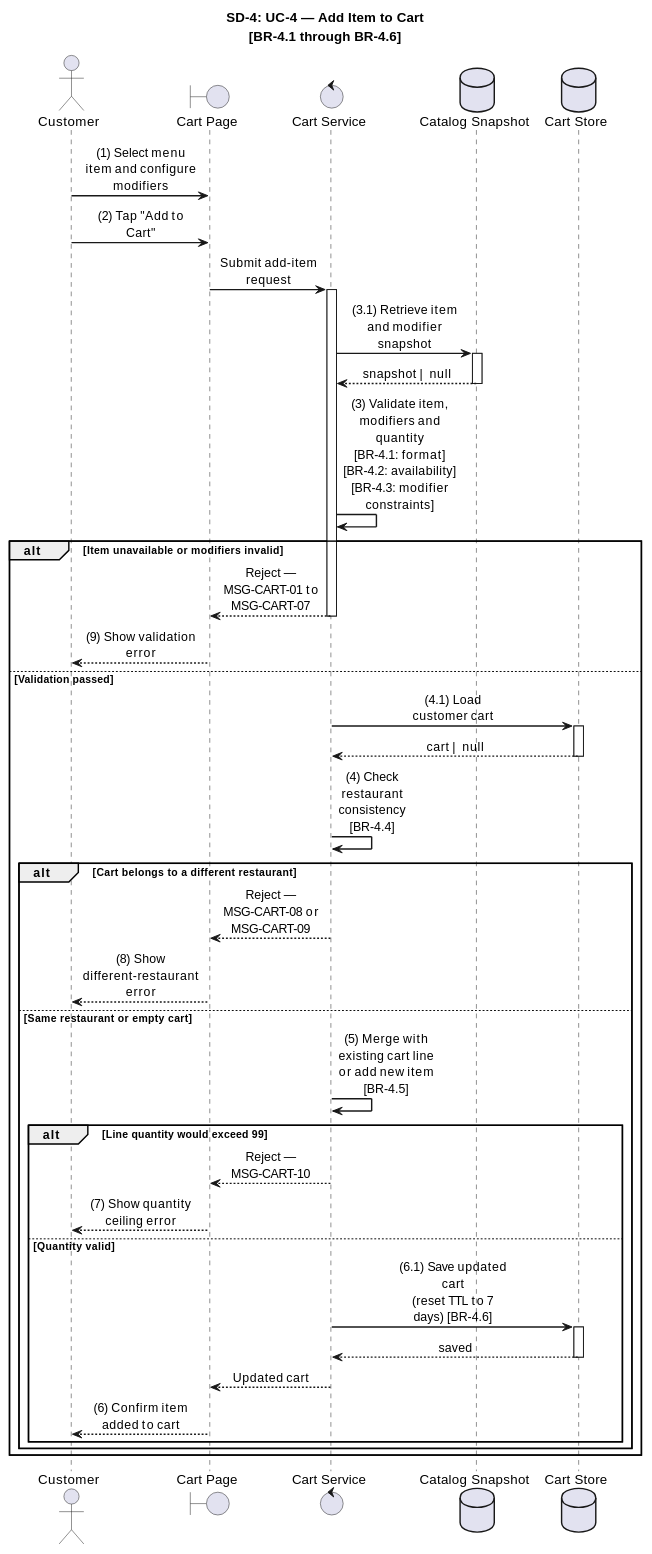
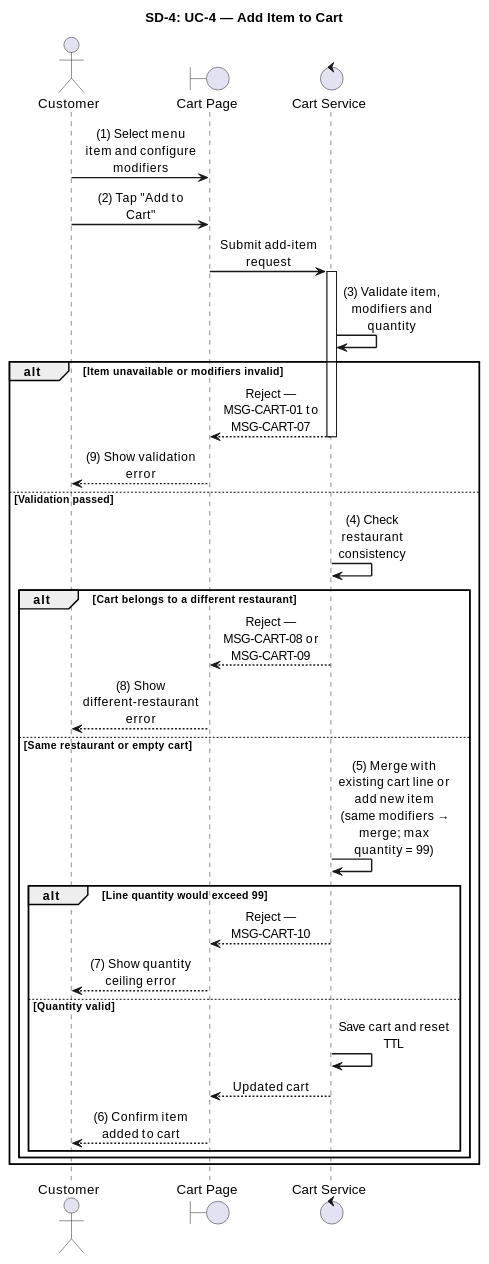
One commit to luubinhdeptrai/Food_Delivery changed the fourth of 10 diagrams in apps/api/docs/Final_Documents/SRS_SequenceDiagrams.md. Above: the diagram before and after it, drawn with PlantUML. The commit also changed other lines of this file, not shown here.

Commit message:
add 10 sequence from 1-10

````diff
--- a/apps/api/docs/Final_Documents/SRS_SequenceDiagrams.md
+++ b/apps/api/docs/Final_Documents/SRS_SequenceDiagrams.md
@@ -259,70 +214,55 @@
 ```plantuml
 @startuml SD-4_AddItemToCart
 
 skinparam shadowing false
 skinparam sequenceMessageAlign center
 skinparam responseMessageBelowArrow true
 skinparam maxMessageSize 120
 skinparam sequenceArrowThickness 1.5
 skinparam ParticipantPadding 20
 skinparam BoxPadding 10
 
-title SD-4: UC-4 — Add Item to Cart\n[BR-4.1 through BR-4.6]
+title SD-4: UC-4 — Add Item to Cart
 
 actor "Customer" as Actor
 boundary "Cart Page" as UI
 control "Cart Service" as CartSvc
-database "Catalog Snapshot" as Snapshot
-database "Cart Store" as CartStore
 
 autonumber stop
 
 Actor -> UI : (1) Select menu item and configure modifiers
 Actor -> UI : (2) Tap "Add to Cart"
 UI -> CartSvc : Submit add-item request
 activate CartSvc
 
-CartSvc -> Snapshot : (3.1) Retrieve item and modifier snapshot
-activate Snapshot
-Snapshot --> CartSvc : snapshot | null
-deactivate Snapshot
-
-CartSvc -> CartSvc : (3) Validate item, modifiers and quantity\n[BR-4.1: format] [BR-4.2: availability] [BR-4.3: modifier constraints]
+CartSvc -> CartSvc : (3) Validate item, modifiers and quantity
 
 alt Item unavailable or modifiers invalid
     CartSvc --> UI : Reject — MSG-CART-01 to MSG-CART-07
     deactivate CartSvc
     UI --> Actor : (9) Show validation error
 else Validation passed
-    CartSvc -> CartStore : (4.1) Load customer cart
-    activate CartStore
-    CartStore --> CartSvc : cart | null
-    deactivate CartStore
-
-    CartSvc -> CartSvc : (4) Check restaurant consistency [BR-4.4]
+    CartSvc -> CartSvc : (4) Check restaurant consistency
 
     alt Cart belongs to a different restaurant
         CartSvc --> UI : Reject — MSG-CART-08 or MSG-CART-09
         deactivate CartSvc
         UI --> Actor : (8) Show different-restaurant error
     else Same restaurant or empty cart
-        CartSvc -> CartSvc : (5) Merge with existing cart line\nor add new item [BR-4.5]
+        CartSvc -> CartSvc : (5) Merge with existing cart line or add new item\n(same modifiers → merge; max quantity = 99)
 
         alt Line quantity would exceed 99
             CartSvc --> UI : Reject — MSG-CART-10
             deactivate CartSvc
             UI --> Actor : (7) Show quantity ceiling error
         else Quantity valid
-            CartSvc -> CartStore : (6.1) Save updated cart\n(reset TTL to 7 days) [BR-4.6]
-            activate CartStore
-            CartStore --> CartSvc : saved
-            deactivate CartStore
+            CartSvc -> CartSvc : Save cart and reset TTL
             CartSvc --> UI : Updated cart
             deactivate CartSvc
             UI --> Actor : (6) Confirm item added to cart
         end
     end
 end
 
 @enduml
 ```
````
